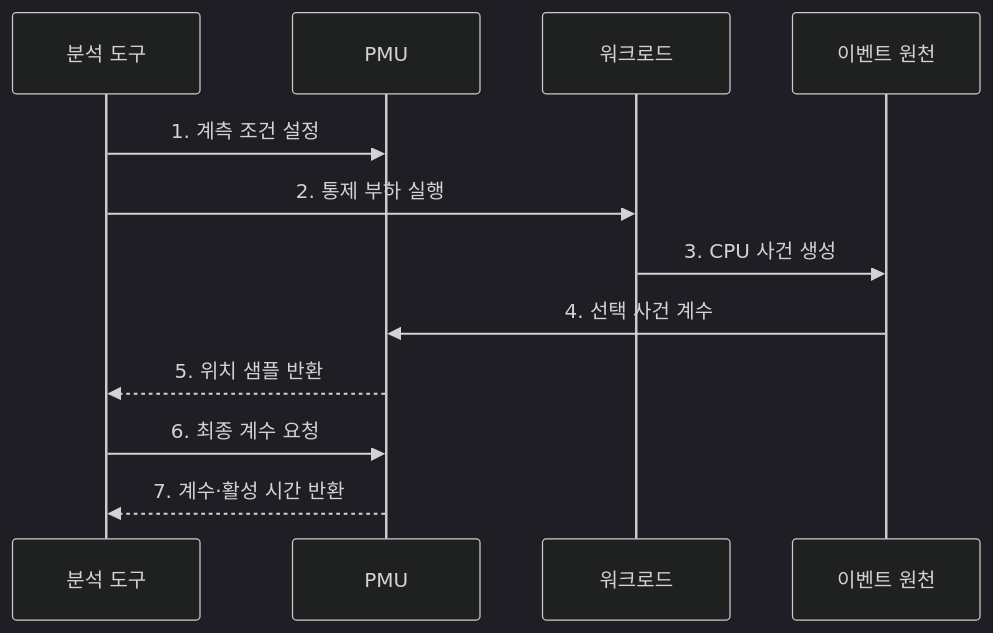
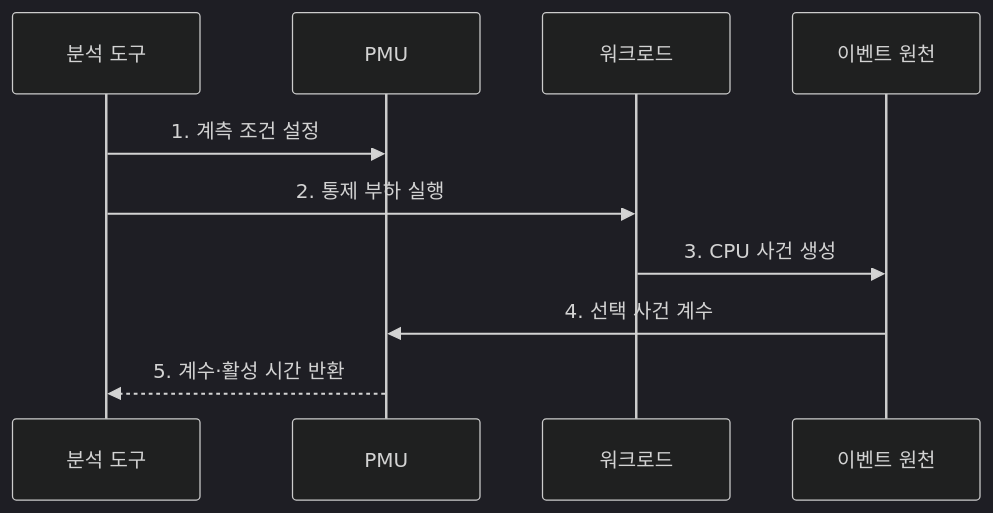
The second of 2 diagrams in src/content/docs/notes/02-hardware/091_hardware_performance_counter_pmu.md (agnusdei1207/knowledge-base), drawn with Mermaid (dark theme) before and after one commit. The commit also changed other lines of this file and 86 other files, not shown here.

````diff
--- a/src/content/docs/notes/02-hardware/091_hardware_performance_counter_pmu.md
+++ b/src/content/docs/notes/02-hardware/091_hardware_performance_counter_pmu.md
@@ -100,14 +106,12 @@
 ```mermaid
 sequenceDiagram
     participant A as 분석 도구
     participant P as PMU
     participant W as 워크로드
     participant E as 이벤트 원천
     A->>P: 1. 계측 조건 설정
     A->>W: 2. 통제 부하 실행
     W->>E: 3. CPU 사건 생성
     E->>P: 4. 선택 사건 계수
-    P-->>A: 5. 위치 샘플 반환
-    A->>P: 6. 최종 계수 요청
-    P-->>A: 7. 계수·활성 시간 반환
+    P-->>A: 5. 계수·활성 시간 반환
 ```
````
